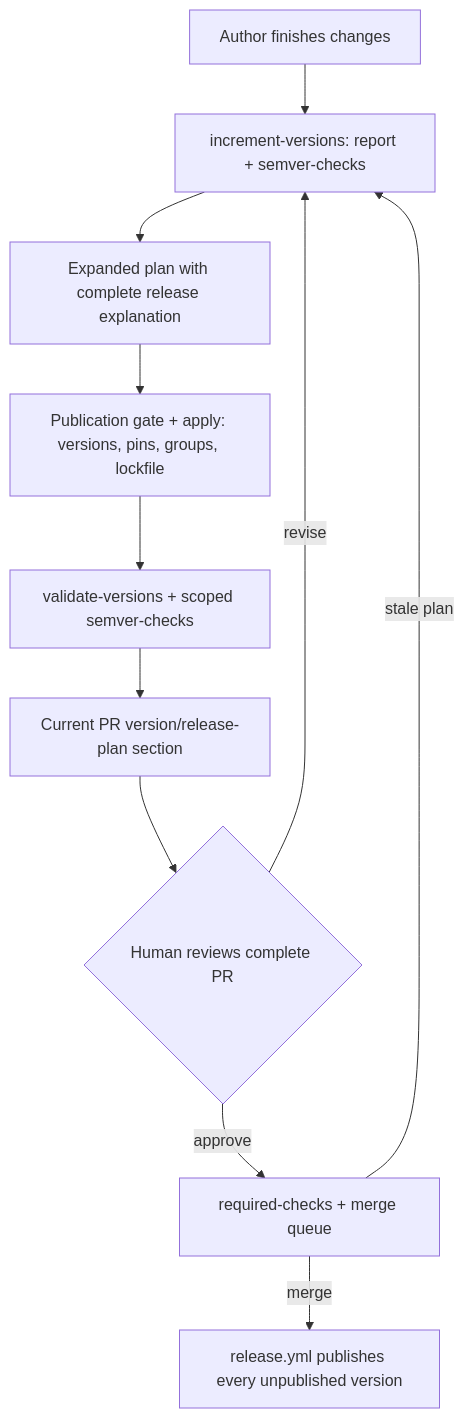
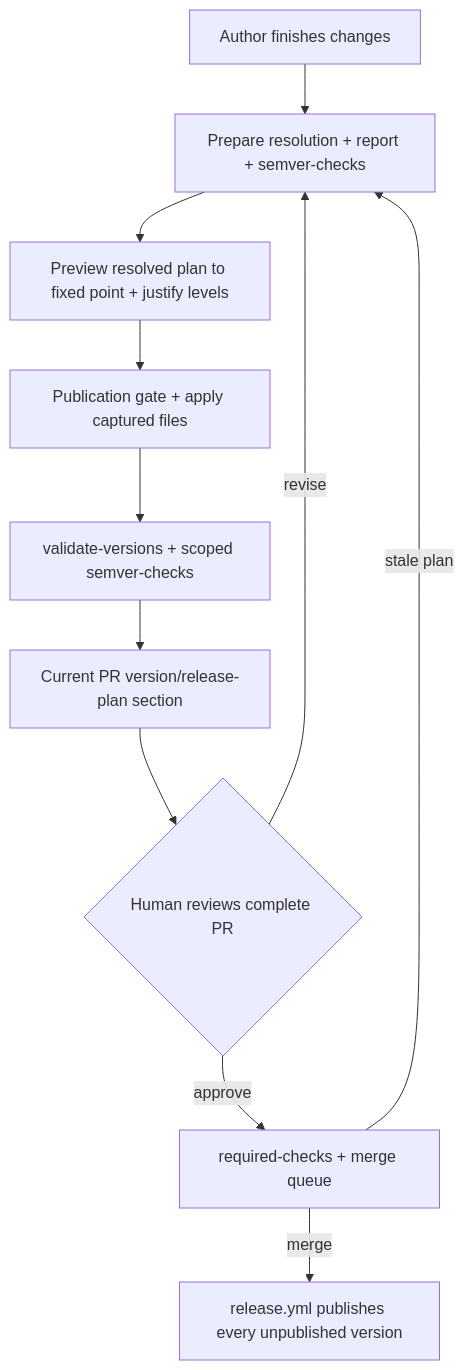
One commit to sandersaares/folo changed the diagram in docs/release-versioning.md. Above: the diagram before and after it, drawn with Mermaid. The commit also changed other lines of this file and 51 other files, not shown here.

First line of the commit message:
cargo-release-plan: resolve complete release plans before application (#554)

````diff
--- a/docs/release-versioning.md
+++ b/docs/release-versioning.md
@@ -570,13 +580,13 @@
 ```mermaid
 flowchart TD
-    A["Author finishes changes"] --> B["increment-versions: report + semver-checks"]
-    B --> C["Expanded plan with complete release explanation"]
-    C --> D["Publication gate + apply: versions, pins, groups, lockfile"]
+    A["Author finishes changes"] --> B["Prepare resolution + report + semver-checks"]
+    B --> C["Preview resolved plan to fixed point + justify levels"]
+    C --> D["Publication gate + apply captured files"]
     D --> E["validate-versions + scoped semver-checks"]
     E --> F["Current PR version/release-plan section"]
     F --> G{"Human reviews complete PR"}
     G -- revise --> B
     G -- approve --> H["required-checks + merge queue"]
     H -- stale plan --> B
     H -- merge --> I["release.yml publishes every unpublished version"]
 ```
````
